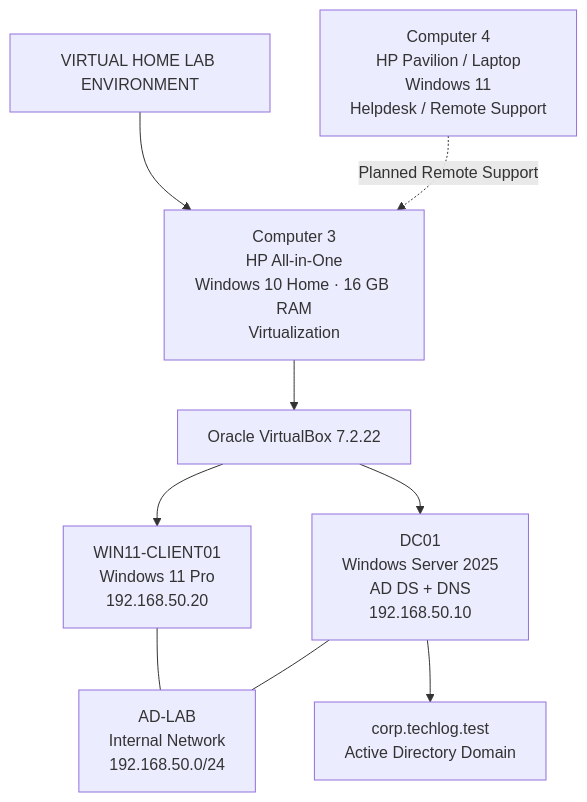
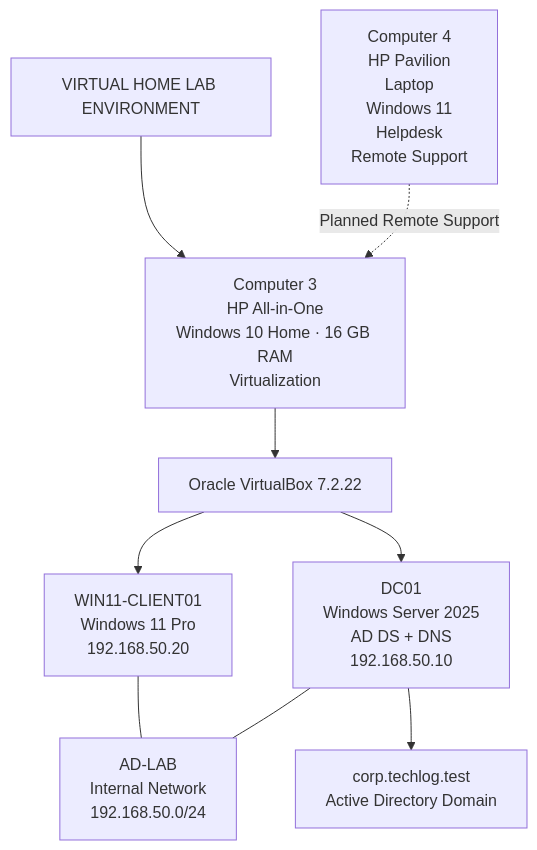
One commit to aang81a/my-it-support-portfolio changed the second of 2 diagrams in PROJECTS/01-lab-environment/lab-environment-overview.md. Above: the diagram before and after it, drawn with Mermaid.

````diff
--- a/PROJECTS/01-lab-environment/lab-environment-overview.md
+++ b/PROJECTS/01-lab-environment/lab-environment-overview.md
@@ -47,30 +47,30 @@
 ```mermaid
 flowchart TB
     HOME["VIRTUAL HOME LAB ENVIRONMENT"]
 
-    C4["Computer 4<br/>HP Pavilion / Laptop<br/>Windows 11<br/>Helpdesk / Remote Support"]
+    C4["Computer 4<br/>HP Pavilion<br/>Laptop<br/>Windows 11<br/>Helpdesk<br/>Remote Support"]
 
     C3["Computer 3<br/>HP All-in-One<br/>Windows 10 Home · 16 GB RAM<br/>Virtualization"]
 
     VB["Oracle VirtualBox 7.2.22"]
 
     CLIENT["WIN11-CLIENT01<br/>Windows 11 Pro<br/>192.168.50.20"]
 
     SERVER["DC01<br/>Windows Server 2025<br/>AD DS + DNS<br/>192.168.50.10"]
 
     NETWORK["AD-LAB<br/>Internal Network<br/>192.168.50.0/24"]
 
     DOMAIN["corp.techlog.test<br/>Active Directory Domain"]
 
     HOME --> C3
     C4 -.->|Planned Remote Support| C3
 
     C3 --> VB
     VB --> CLIENT
     VB --> SERVER
 
     CLIENT --- NETWORK
     SERVER --- NETWORK
 
     SERVER --> DOMAIN
 ```
````
